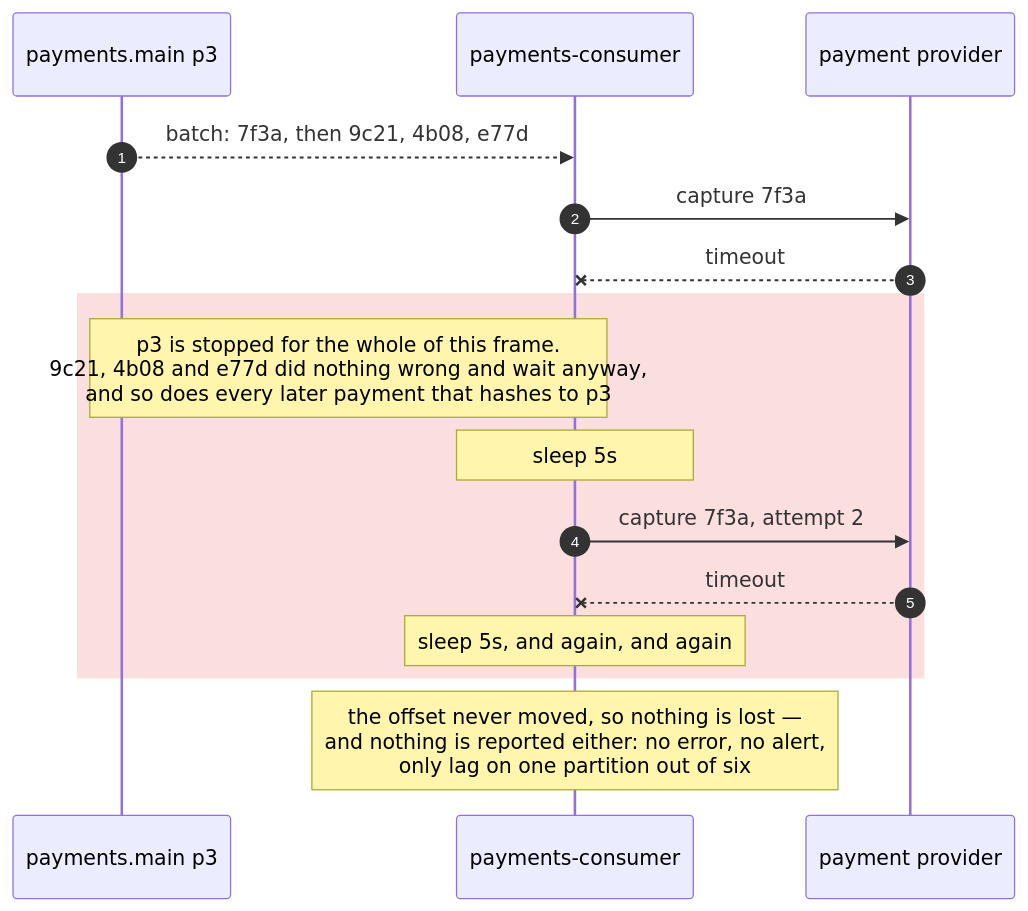
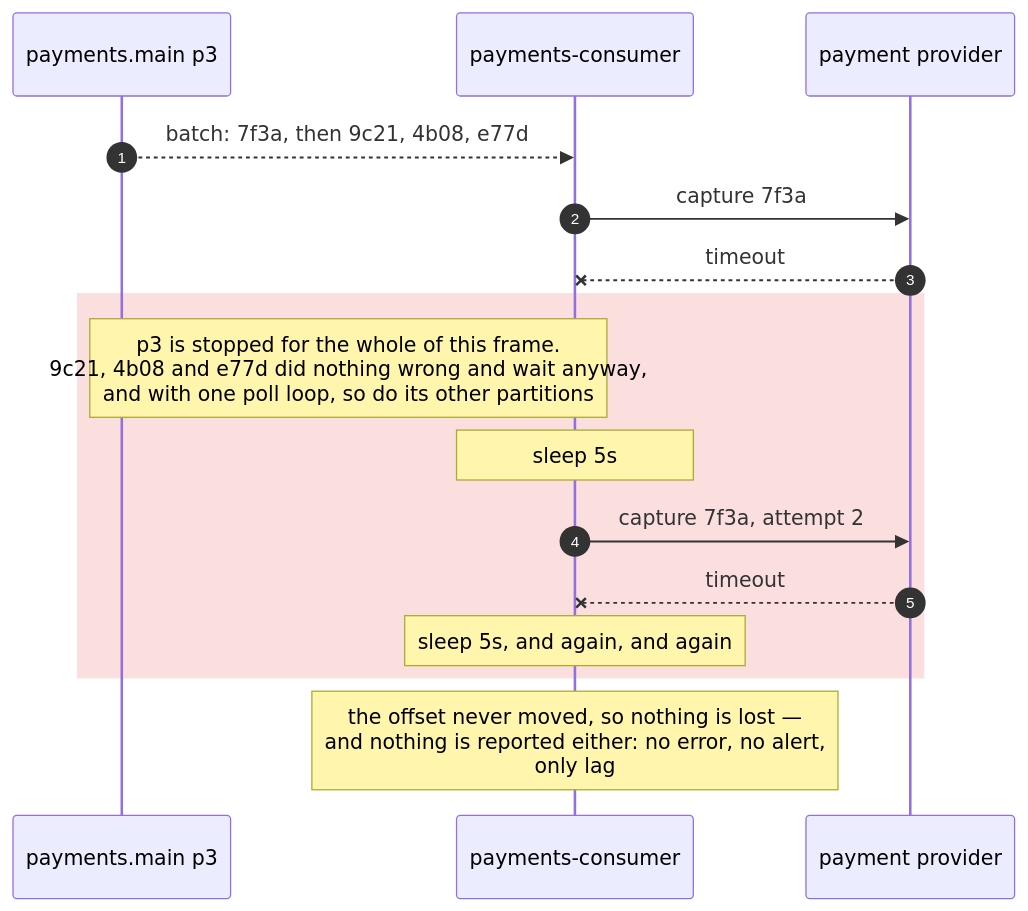
One commit to DmytroLysenko1/Kafka-lab changed the first of 3 diagrams in docs/static/07-retry-dlq.md. Above: the diagram before and after it, drawn with Mermaid. The commit also changed other lines of this file and 84 other files, not shown here.

````diff
--- a/docs/static/07-retry-dlq.md
+++ b/docs/static/07-retry-dlq.md
@@ -13,21 +13,21 @@
 ```mermaid
 sequenceDiagram
     autonumber
     participant M as payments.main p3
     participant C as payments-consumer
     participant PR as payment provider
 
     M-->>C: batch: 7f3a, then 9c21, 4b08, e77d
     C->>PR: capture 7f3a
     PR--xC: timeout
 
     rect rgba(229, 57, 53, 0.16)
-        Note over M,C: p3 is stopped for the whole of this frame.<br/>9c21, 4b08 and e77d did nothing wrong and wait anyway,<br/>and so does every later payment that hashes to p3
+        Note over M,C: p3 is stopped for the whole of this frame.<br/>9c21, 4b08 and e77d did nothing wrong and wait anyway,<br/>and with one poll loop, so do its other partitions
         Note over C: sleep 5s
         C->>PR: capture 7f3a, attempt 2
         PR--xC: timeout
         Note over C: sleep 5s, and again, and again
     end
 
-    Note over C: the offset never moved, so nothing is lost —<br/>and nothing is reported either: no error, no alert,<br/>only lag on one partition out of six
+    Note over C: the offset never moved, so nothing is lost —<br/>and nothing is reported either: no error, no alert,<br/>only lag
 ```
````
